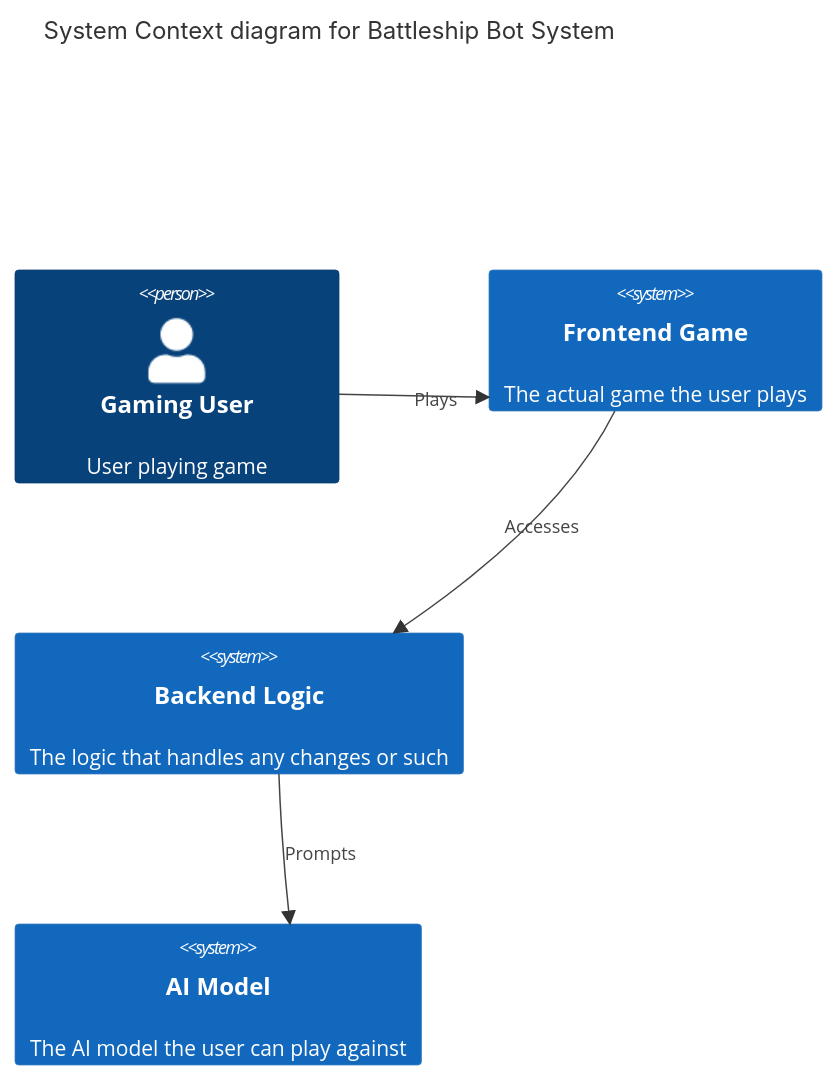
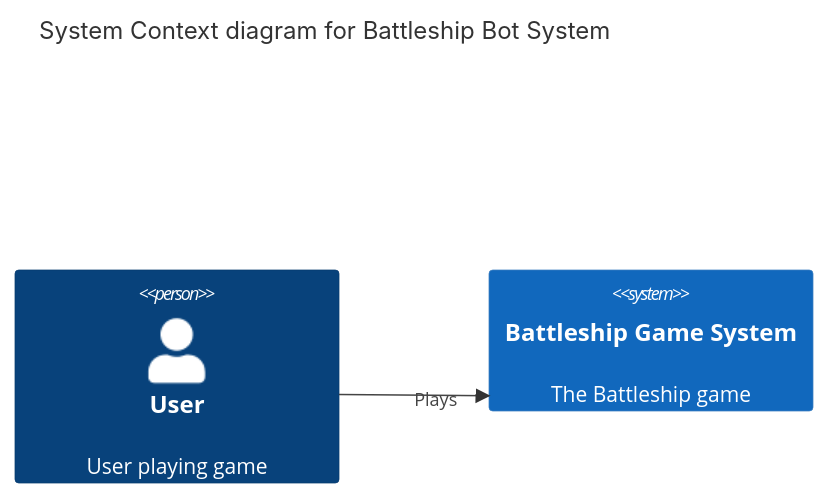
One commit to Voidyll/Battleship-Bot changed the diagram in docs/architecture/context.md. Above: the diagram before and after it, drawn with Mermaid. The commit also changed 2 other files, not shown here.

Commit message:
Add Component.md And Simplify Context and Container

````diff
--- a/docs/architecture/context.md
+++ b/docs/architecture/context.md
@@ -1,14 +1,10 @@
 ``` mermaid
     C4Context
         title System Context diagram for Battleship Bot System
         
-        Person(user, "Gaming User", "User playing game")
+        Person(user, "User", "User playing game")
 
-        System(game, "Frontend Game", "The actual game the user plays")
-        System(backend, "Backend Logic", "The logic that handles any changes or such")
-        System(ai, "AI Model", "The AI model the user can play against")
+        System(game, "Battleship Game System", "The Battleship game")
 
         Rel(user, game, "Plays")
-        Rel(game, backend, "Accesses")
-        Rel(backend, ai, "Prompts")
 ```
````
